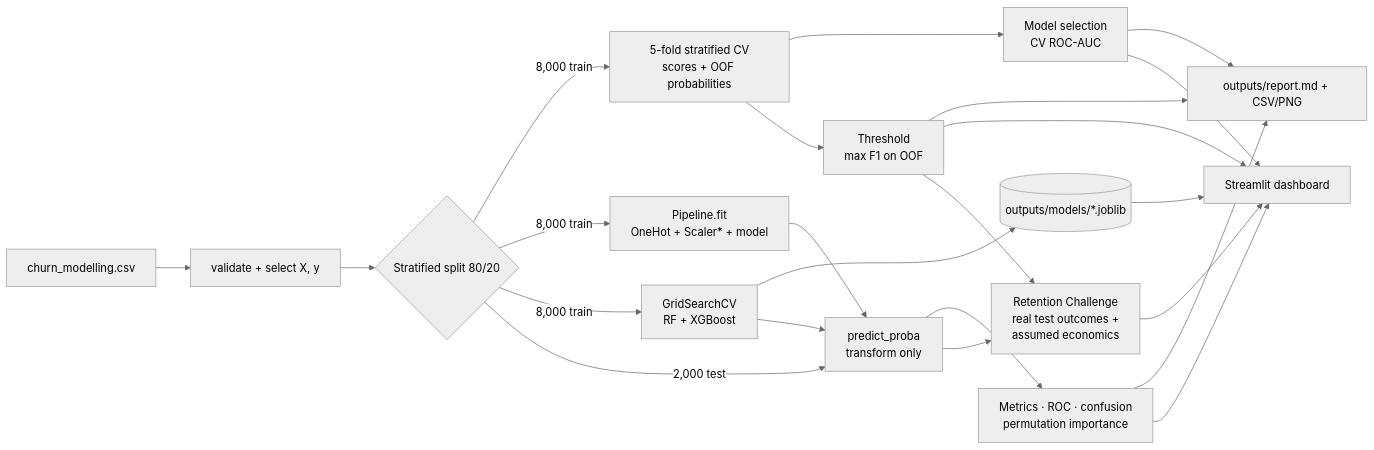
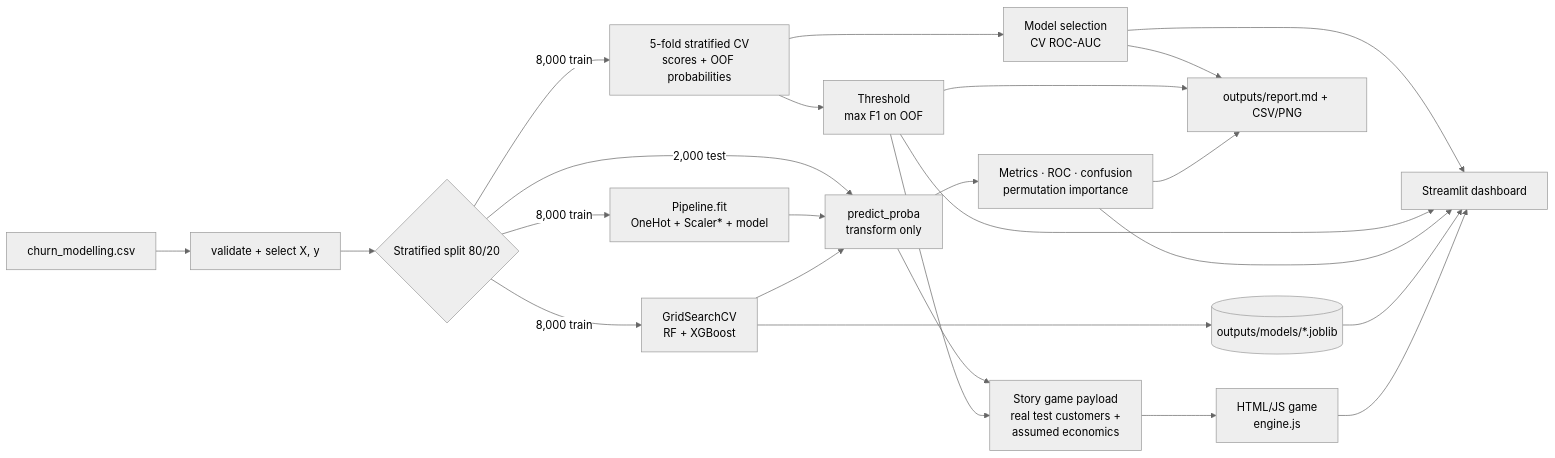
Before and after one commit to itaybs/bank-churn-prediction: the diagram in README.md, drawn with Mermaid (neutral theme). The commit also changed other lines of this file and 9 other files, not shown here.

First line of the commit message:
Replace the mini-game with The Chief Retention Officer story game

````diff
--- a/README.md
+++ b/README.md
@@ -275,19 +301,20 @@
 ```mermaid
 flowchart LR
     A[churn_modelling.csv] --> B[validate + select X, y]
     B --> C{Stratified split 80/20}
     C -->|8,000 train| D[5-fold stratified CV<br/>scores + OOF probabilities]
     C -->|8,000 train| E[Pipeline.fit<br/>OneHot + Scaler* + model]
     C -->|8,000 train| T[GridSearchCV<br/>RF + XGBoost]
     C -->|2,000 test| F[predict_proba<br/>transform only]
     D --> G[Model selection<br/>CV ROC-AUC]
     D --> H[Threshold<br/>max F1 on OOF]
     E --> F
     T --> M[(outputs/models/*.joblib)]
     T --> F
     F --> I[Metrics · ROC · confusion<br/>permutation importance]
     G & H & I --> R[outputs/report.md + CSV/PNG]
     G & H & I & M --> S[Streamlit dashboard]
-    F & H --> GM[Retention Challenge<br/>real test outcomes +<br/>assumed economics]
-    GM --> S
+    F & H --> GM[Story game payload<br/>real test customers +<br/>assumed economics]
+    GM --> J[HTML/JS game<br/>engine.js]
+    J --> S
 ```
````
